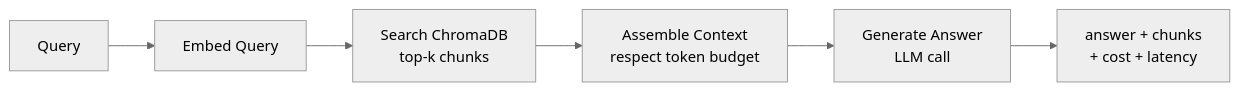
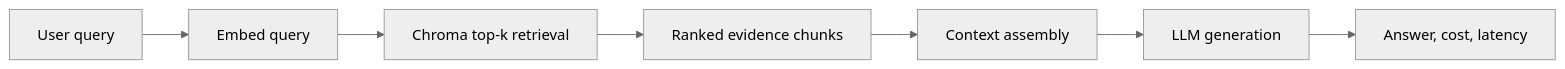
Before and after one commit to KUMAR-MOHANRAJAN/genai-projects: the fourth of 7 diagrams in self-improving-rag/Self_Improving_RAG_Guide.md, drawn with Mermaid (neutral theme). The commit also changed other lines of this file and 7 other files, not shown here.

````diff
--- a/self-improving-rag/Self_Improving_RAG_Guide.md
+++ b/self-improving-rag/Self_Improving_RAG_Guide.md
@@ -290,8 +193,9 @@
 ```mermaid
 flowchart LR
-    A[Query] --> B[Embed Query]
-    B --> C[Search ChromaDB\ntop-k chunks]
-    C --> D[Assemble Context\nrespect token budget]
-    D --> E[Generate Answer\nLLM call]
-    E --> F[answer + chunks\n+ cost + latency]
+   A[User query] --> B[Embed query]
+   B --> C[Chroma top-k retrieval]
+   C --> D[Ranked evidence chunks]
+   D --> E[Context assembly]
+   E --> F[LLM generation]
+   F --> G[Answer, cost, latency]
 ```
````
